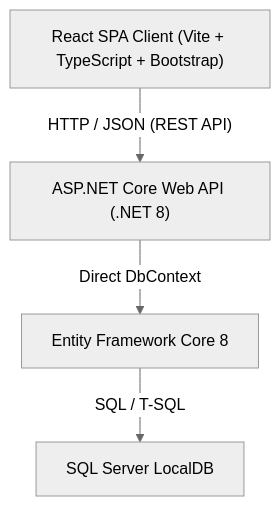
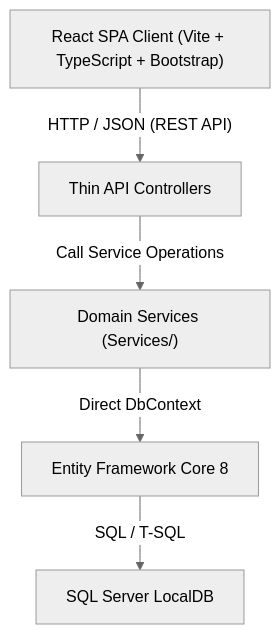
The first of 3 diagrams in _bmad-output/initiative-equipment-tracker/architecture-equipment-tracker/architecture-equipment-tracker.md (fayaz921/Horizon.EquipmentTracker), drawn with Mermaid (neutral theme) before and after one commit. The commit also changed other lines of this file and 34 other files, not shown here.

````diff
--- a/_bmad-output/initiative-equipment-tracker/architecture-equipment-tracker/architecture-equipment-tracker.md
+++ b/_bmad-output/initiative-equipment-tracker/architecture-equipment-tracker/architecture-equipment-tracker.md
@@ -49,6 +49,7 @@
 ```mermaid
 graph TD
-    Client["React SPA Client (Vite + TypeScript + Bootstrap)"] -->|"HTTP / JSON (REST API)"| WebApi["ASP.NET Core Web API (.NET 8)"]
-    WebApi -->|"Direct DbContext"| EFCore["Entity Framework Core 8"]
+    Client["React SPA Client (Vite + TypeScript + Bootstrap)"] -->|"HTTP / JSON (REST API)"| Controllers["Thin API Controllers"]
+    Controllers -->|"Call Service Operations"| Services["Domain Services (Services/)"]
+    Services -->|"Direct DbContext"| EFCore["Entity Framework Core 8"]
     EFCore -->|"SQL / T-SQL"| LocalDB["SQL Server LocalDB"]
 ```
````
